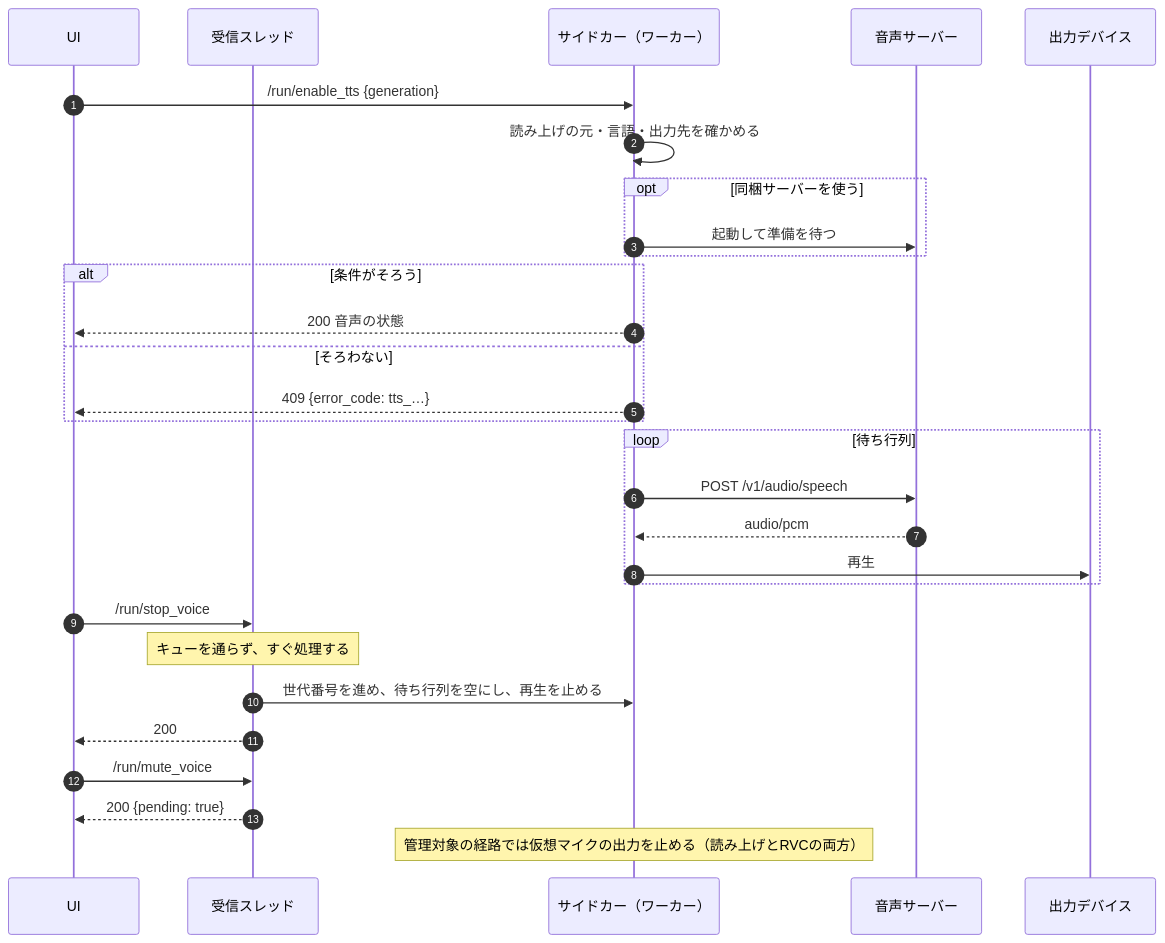
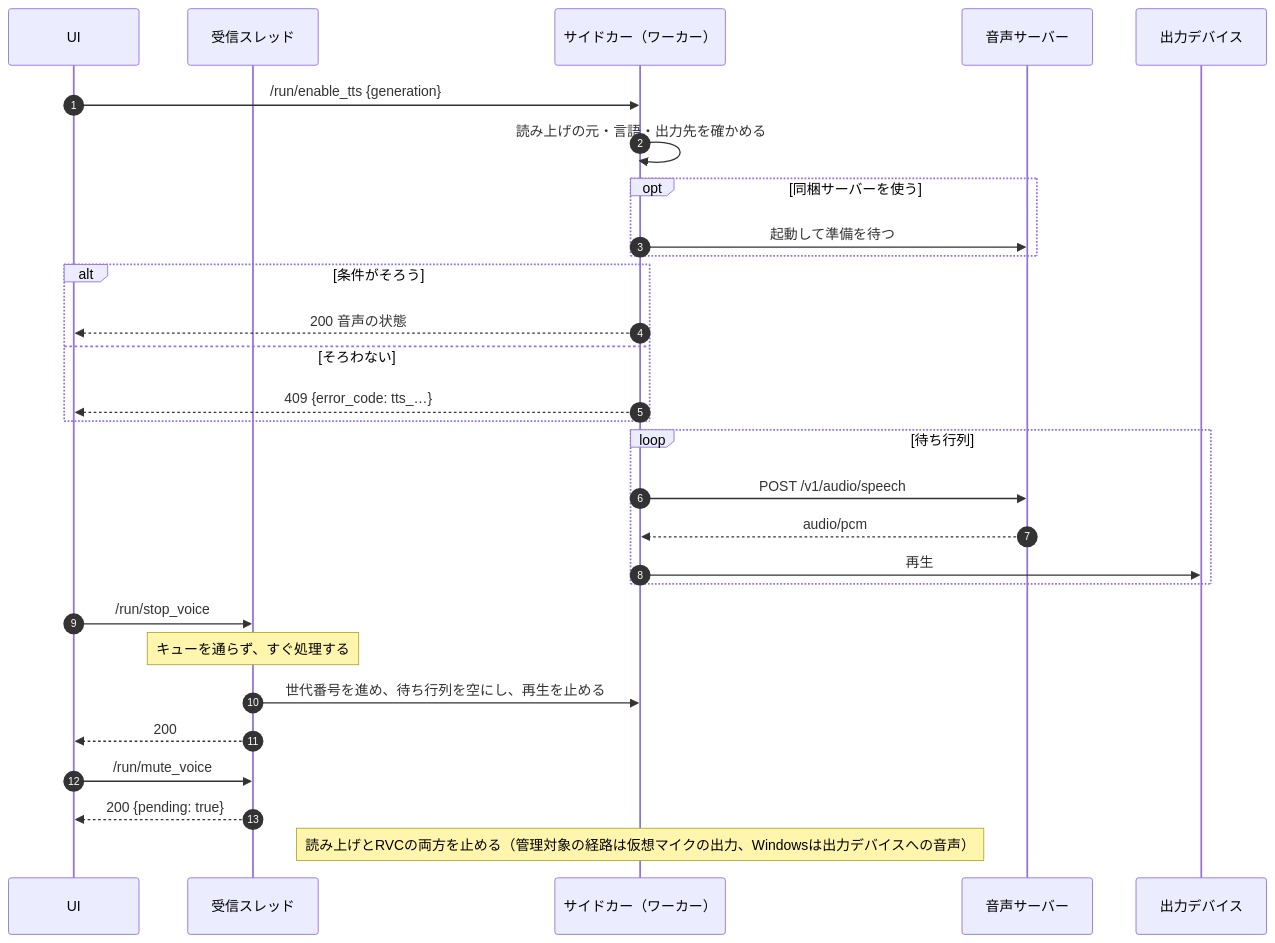
Before and after one commit to kein5/VRCT-VOX: the sixth of 7 diagrams in docs/spec/sequences.md, drawn with Mermaid. The commit also changed 19 other files, not shown here.

````diff
--- a/docs/spec/sequences.md
+++ b/docs/spec/sequences.md
@@ -164,31 +164,31 @@
 ```mermaid
 sequenceDiagram
   autonumber
   participant UI
   participant R as 受信スレッド
   participant S as サイドカー（ワーカー）
   participant Srv as 音声サーバー
   participant Out as 出力デバイス
   UI->>S: /run/enable_tts {generation}
   S->>S: 読み上げの元・言語・出力先を確かめる
   opt 同梱サーバーを使う
     S->>Srv: 起動して準備を待つ
   end
   alt 条件がそろう
     S-->>UI: 200 音声の状態
   else そろわない
     S-->>UI: 409 {error_code: tts_…}
   end
   loop 待ち行列
     S->>Srv: POST /v1/audio/speech
     Srv-->>S: audio/pcm
     S->>Out: 再生
   end
   UI->>R: /run/stop_voice
   Note over R: キューを通らず、すぐ処理する
   R->>S: 世代番号を進め、待ち行列を空にし、再生を止める
   R-->>UI: 200
   UI->>R: /run/mute_voice
   R-->>UI: 200 {pending: true}
-  Note over S: 管理対象の経路では仮想マイクの出力を止める（読み上げとRVCの両方）
+  Note over S: 読み上げとRVCの両方を止める（管理対象の経路は仮想マイクの出力、Windowsは出力デバイスへの音声）
 ```
````
